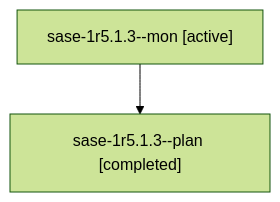
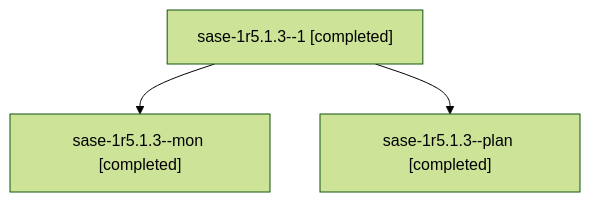
The diagram in sessions/bbugyi200.athena.sase-1r5.1.3.md (sase-org/sase--agents), drawn with Mermaid (forest theme) before and after one commit. The commit also changed other lines of this file and 37 other files, not shown here.

````diff
--- a/sessions/bbugyi200.athena.sase-1r5.1.3.md
+++ b/sessions/bbugyi200.athena.sase-1r5.1.3.md
@@ -9,6 +9,8 @@
 ```mermaid
 flowchart TD
-  n0["sase-1r5.1.3--mon [active]"]
-  n1["sase-1r5.1.3--plan [completed]"]
+  n0["sase-1r5.1.3--1 [completed]"]
+  n1["sase-1r5.1.3--mon [completed]"]
   n0 --> n1
+  n2["sase-1r5.1.3--plan [completed]"]
+  n0 --> n2
 ```
````
